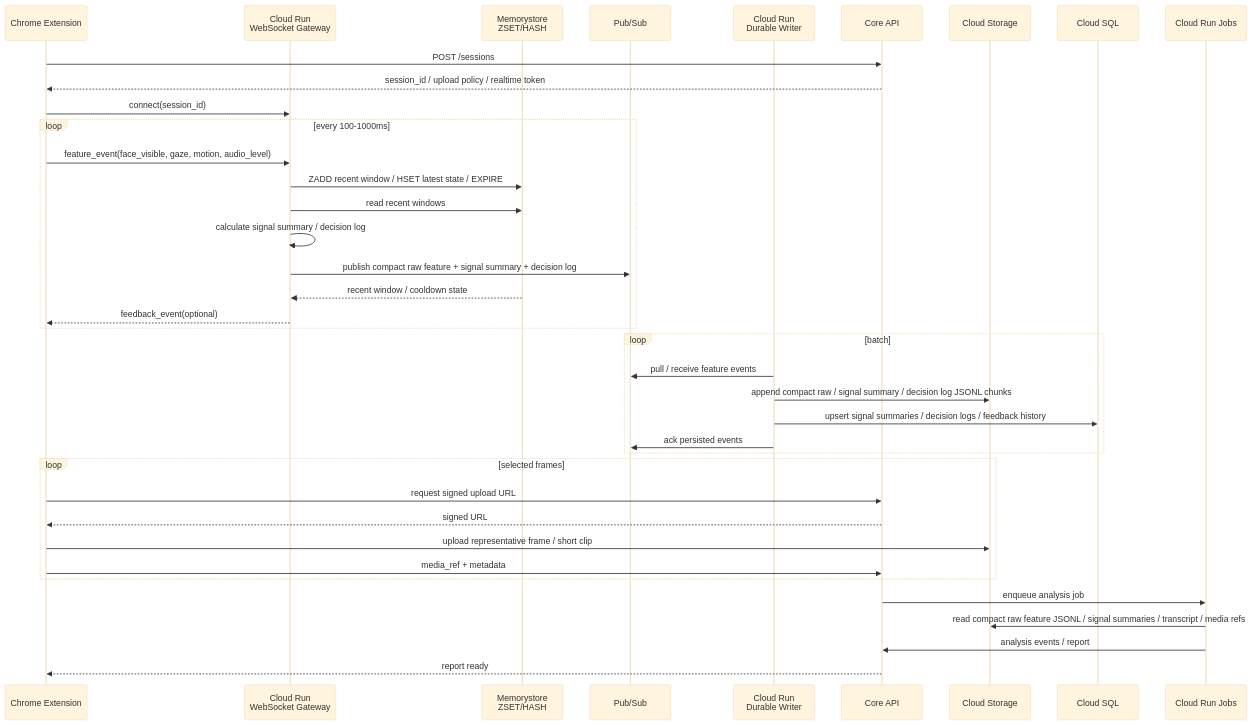
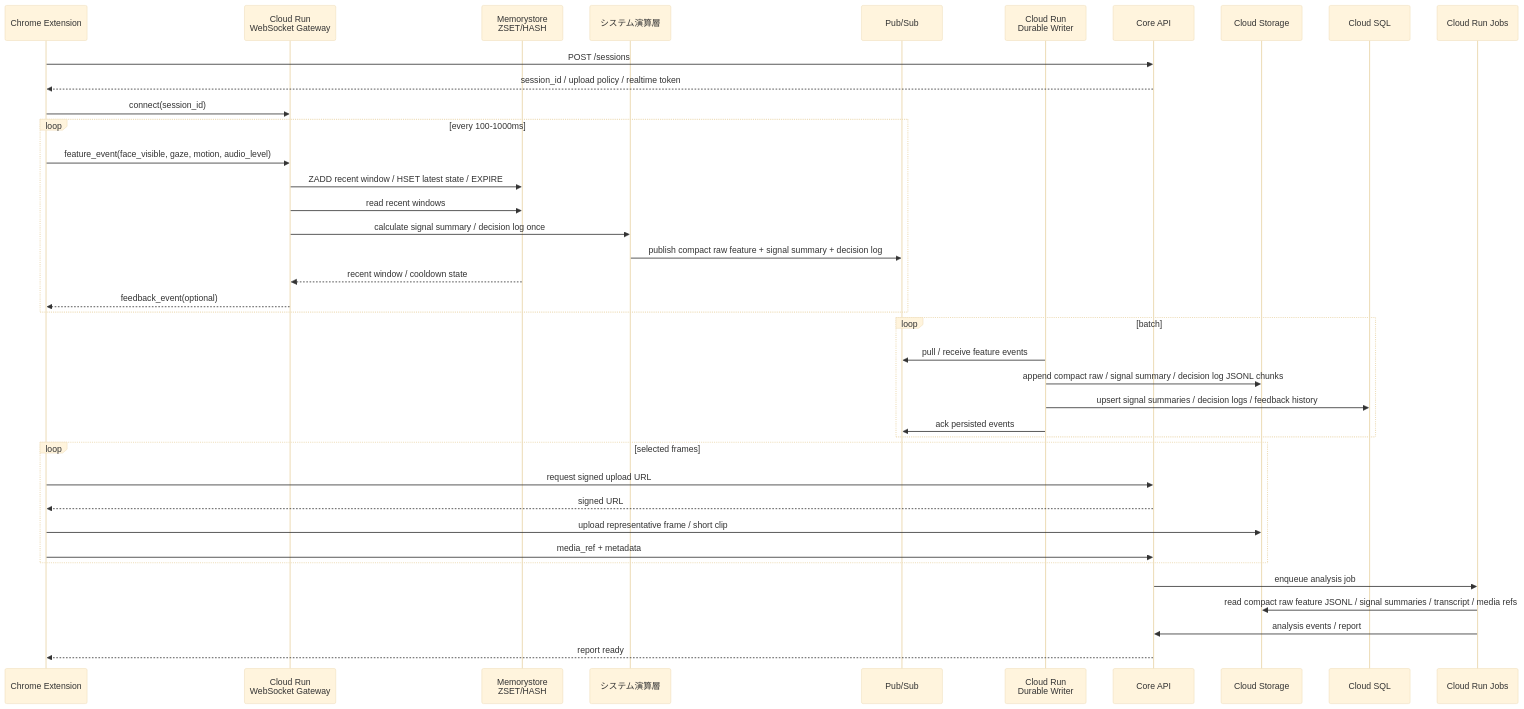
One commit to k-kanke/reaction-engine changed the fourth of 6 diagrams in plan/1st-plan.md. Above: the diagram before and after it, drawn with Mermaid (base theme). The commit also changed other lines of this file and 4 other files, not shown here.

````diff
--- a/plan/1st-plan.md
+++ b/plan/1st-plan.md
@@ -243,45 +243,46 @@
 ```mermaid
 sequenceDiagram
   participant Ext as Chrome Extension
   participant WS as Cloud Run<br/>WebSocket Gateway
   participant Redis as Memorystore<br/>ZSET/HASH
+  participant Compute as システム演算層
   participant PubSub as Pub/Sub
   participant Writer as Cloud Run<br/>Durable Writer
   participant API as Core API
   participant Obj as Cloud Storage
   participant DB as Cloud SQL
   participant Worker as Cloud Run Jobs
 
   Ext->>API: POST /sessions
   API-->>Ext: session_id / upload policy / realtime token
 
   Ext->>WS: connect(session_id)
   loop every 100-1000ms
     Ext->>WS: feature_event(face_visible, gaze, motion, audio_level)
     WS->>Redis: ZADD recent window / HSET latest state / EXPIRE
     WS->>Redis: read recent windows
-    WS->>WS: calculate signal summary / decision log
-    WS->>PubSub: publish compact raw feature + signal summary + decision log
+    WS->>Compute: calculate signal summary / decision log once
+    Compute->>PubSub: publish compact raw feature + signal summary + decision log
     Redis-->>WS: recent window / cooldown state
     WS-->>Ext: feedback_event(optional)
   end
 
   loop batch
     Writer->>PubSub: pull / receive feature events
     Writer->>Obj: append compact raw / signal summary / decision log JSONL chunks
     Writer->>DB: upsert signal summaries / decision logs / feedback history
     Writer->>PubSub: ack persisted events
   end
 
   loop selected frames
     Ext->>API: request signed upload URL
     API-->>Ext: signed URL
     Ext->>Obj: upload representative frame / short clip
     Ext->>API: media_ref + metadata
   end
 
   API->>Worker: enqueue analysis job
   Worker->>Obj: read compact raw feature JSONL / signal summaries / transcript / media refs
   Worker->>API: analysis events / report
   API-->>Ext: report ready
 ```
````
